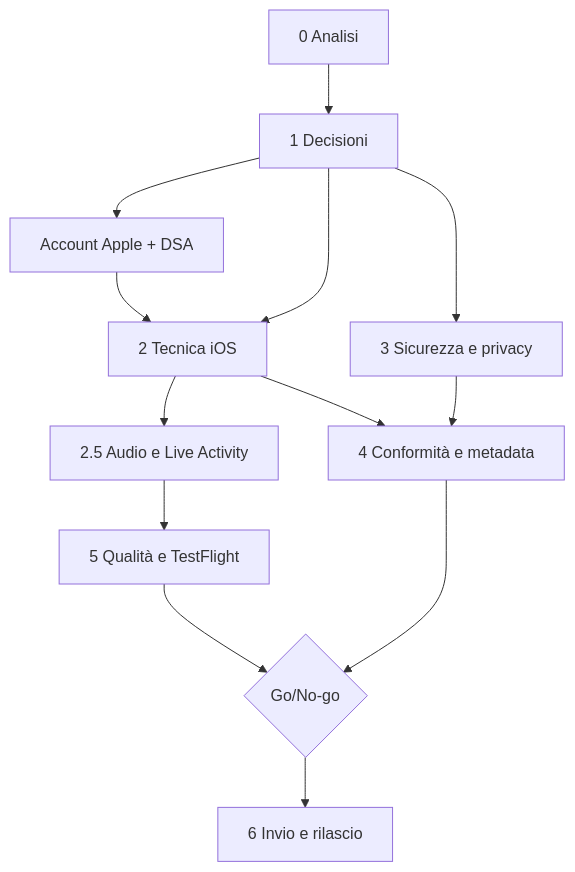
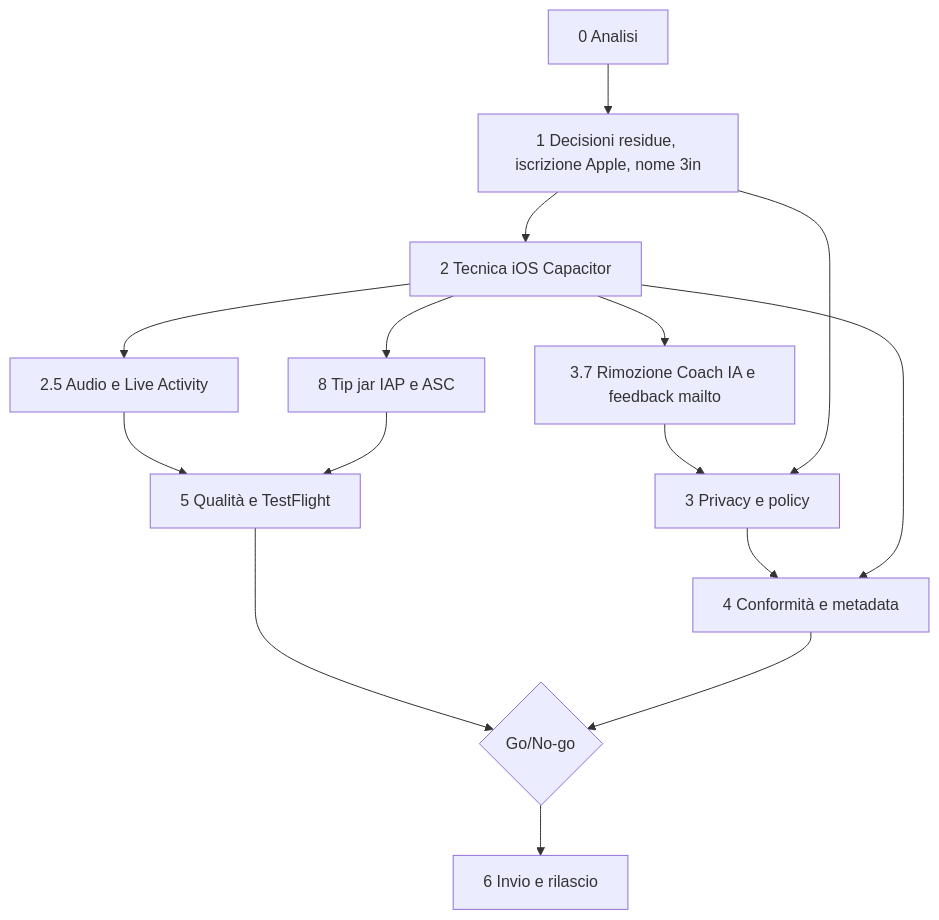
One commit to avgolden1994-dot/toji-workout changed the diagram in docs/piano-lancio-appstore.md. Above: the diagram before and after it, drawn with Mermaid. The commit also changed other lines of this file and 8 other files, not shown here.

First line of the commit message:
docs: piano App Store aggiornato con le decisioni (3in, mance IAP, solo dati locali)

````diff
--- a/docs/piano-lancio-appstore.md
+++ b/docs/piano-lancio-appstore.md
@@ -387,15 +405,17 @@
 ```mermaid
 flowchart TD
-  F0[0 Analisi] --> F1[1 Decisioni]
-  F1 --> ACC[Account Apple + DSA]
-  F1 --> F2[2 Tecnica iOS]
-  F1 --> F3[3 Sicurezza e privacy]
+  F0[0 Analisi] --> F1[1 Decisioni residue, iscrizione Apple, nome 3in]
+  F1 --> F2[2 Tecnica iOS Capacitor]
   F2 --> AUD[2.5 Audio e Live Activity]
-  ACC --> F2
+  F2 --> RIM[3.7 Rimozione Coach IA e feedback mailto]
+  F2 --> IAP[8 Tip jar IAP e ASC]
+  RIM --> F3[3 Privacy e policy]
+  F1 --> F3
   AUD --> F5[5 Qualità e TestFlight]
+  IAP --> F5
   F3 --> F4[4 Conformità e metadata]
   F2 --> F4
   F5 --> GO{Go/No-go}
   F4 --> GO
   GO --> F6[6 Invio e rilascio]
 ```
````
